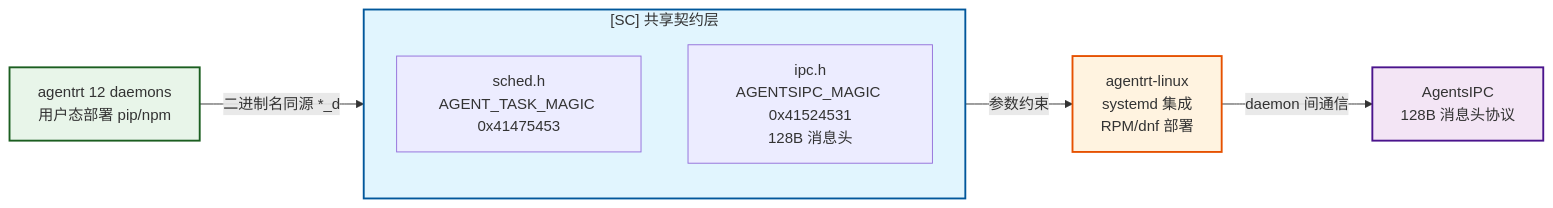
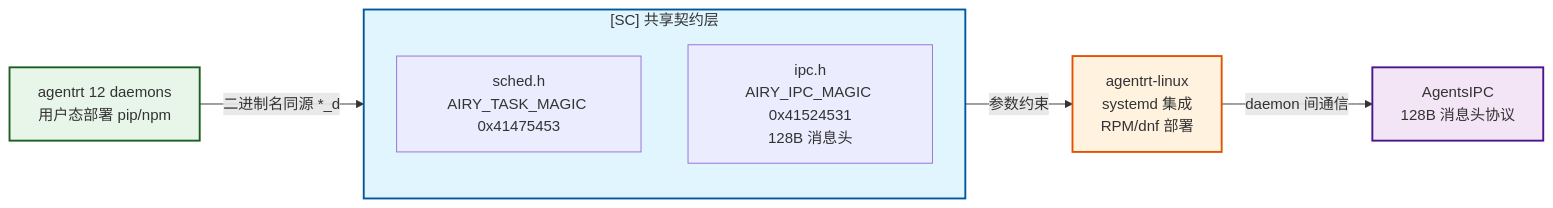
Before and after one commit to SpharxTeam/Docs: the fifth of 6 diagrams in AirymaxOS/100-operations/01-deployment.md, drawn with Mermaid. The commit also changed other lines of this file and 217 other files, not shown here.

````diff
--- a/AirymaxOS/100-operations/01-deployment.md
+++ b/AirymaxOS/100-operations/01-deployment.md
@@ -624,14 +603,14 @@
 ```mermaid
 graph LR
     A["agentrt 12 daemons<br/>用户态部署 pip/npm"] -->|"二进制名同源 *_d"| SC
     subgraph SC ["[SC] 共享契约层"]
-        S1["sched.h<br/>AGENT_TASK_MAGIC 0x41475453"]
-        S2["ipc.h<br/>AGENTSIPC_MAGIC 0x41524531<br/>128B 消息头"]
+        S1["sched.h<br/>AIRY_TASK_MAGIC 0x41475453"]
+        S2["ipc.h<br/>AIRY_IPC_MAGIC 0x41524531<br/>128B 消息头"]
     end
     SC -->|"参数约束"| D["agentrt-linux<br/>systemd 集成<br/>RPM/dnf 部署"]
     D -->|"daemon 间通信"| E["AgentsIPC<br/>128B 消息头协议"]
     style SC fill:#e1f5fe,stroke:#01579b,stroke-width:2px
     style A fill:#e8f5e9,stroke:#1b5e20,stroke-width:2px
     style D fill:#fff3e0,stroke:#e65100,stroke-width:2px
     style E fill:#f3e5f5,stroke:#4a148c,stroke-width:2px
 ```
````
